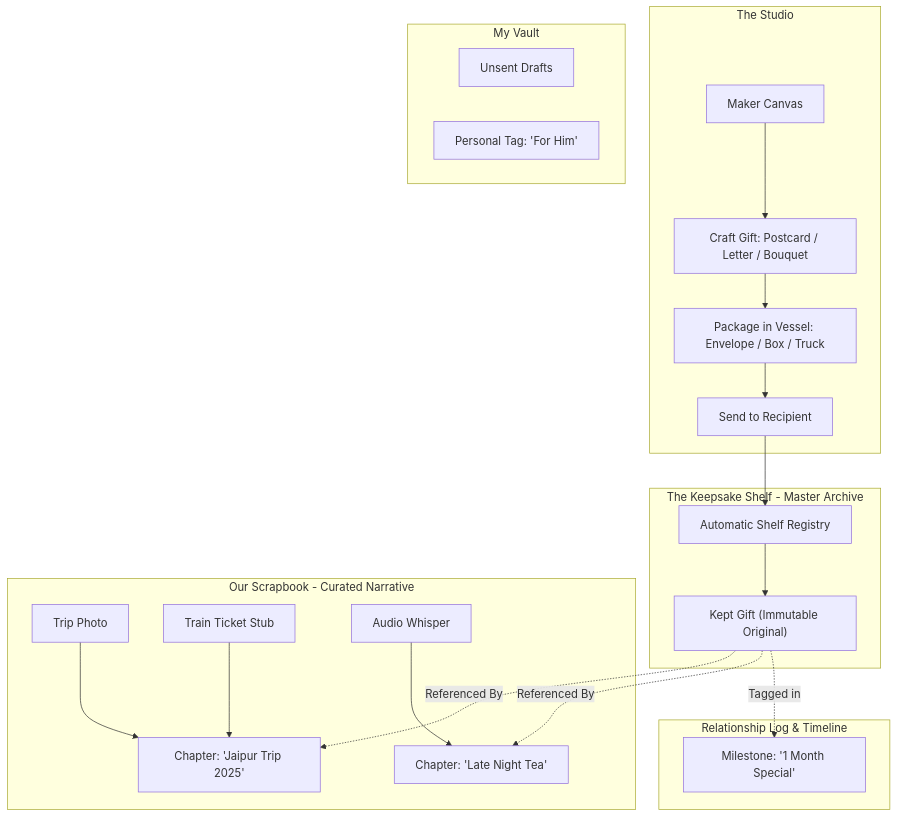
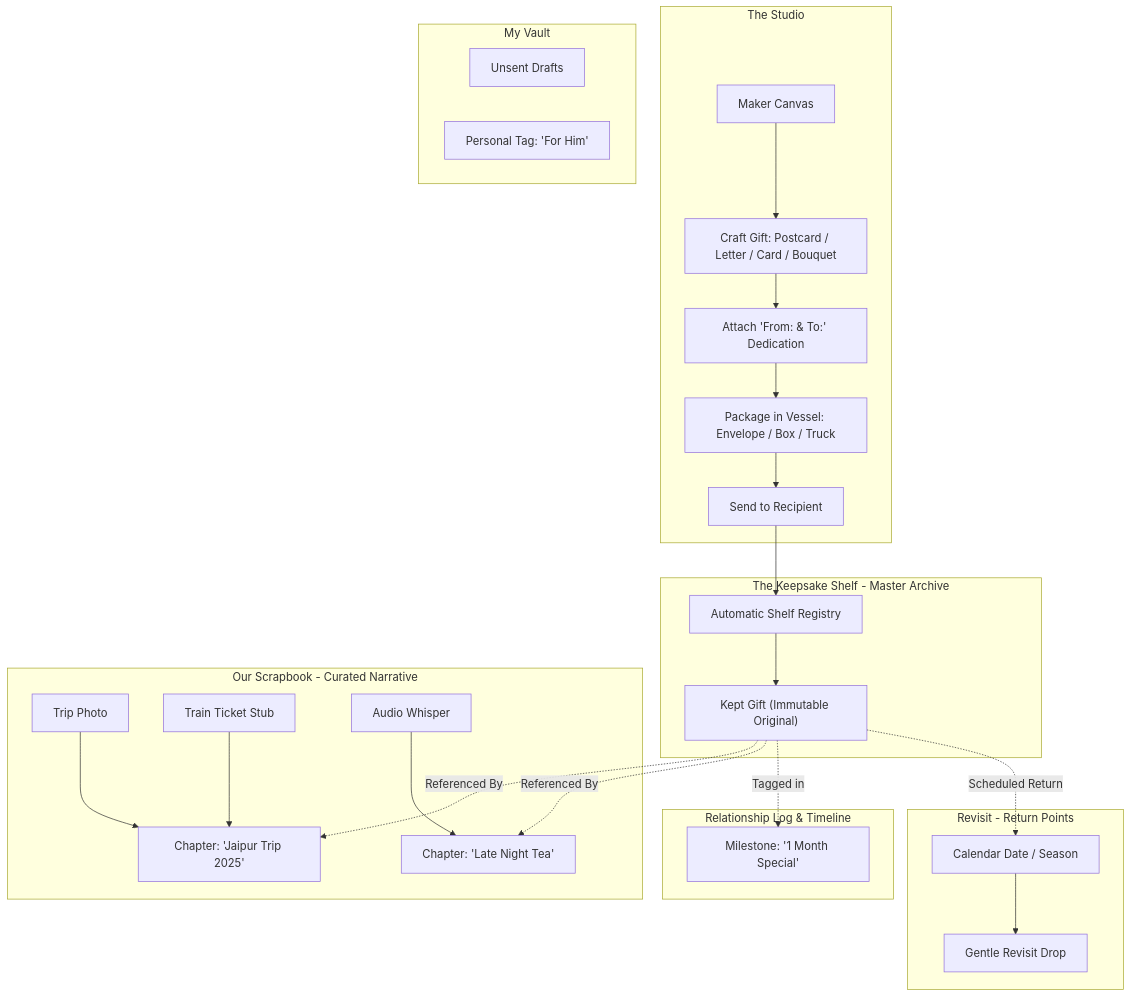
Before and after one commit to NIFT-Information-Architecture-2026/Saanvi_BD-24-N1830: the diagram in IA_SPEC.md, drawn with Mermaid. The commit also changed other lines of this file, not shown here.

Commit message:
docs(ia): update IA_SPEC with greeting card specs, From/To micro-gestures, and Revisit room

````diff
--- a/IA_SPEC.md
+++ b/IA_SPEC.md
@@ -59,35 +70,41 @@
 ```mermaid
 graph TD
     subgraph Studio [The Studio]
-        Maker[Maker Canvas] --> CreateGift[Craft Gift: Postcard / Letter / Bouquet]
-        CreateGift --> ChooseVessel[Package in Vessel: Envelope / Box / Truck]
+        Maker[Maker Canvas] --> CreateGift[Craft Gift: Postcard / Letter / Card / Bouquet]
+        CreateGift --> AddDedication["Attach 'From: & To:' Dedication"]
+        AddDedication --> ChooseVessel[Package in Vessel: Envelope / Box / Truck]
         ChooseVessel --> Dispatch[Send to Recipient]
     end
 
     subgraph Shelf [The Keepsake Shelf - Master Archive]
         Dispatch --> AutoArchive[Automatic Shelf Registry]
         AutoArchive --> GiftItem["Kept Gift (Immutable Original)"]
     end
 
     subgraph Scrapbook [Our Scrapbook - Curated Narrative]
         ChapterA["Chapter: 'Jaipur Trip 2025'"]
         ChapterB["Chapter: 'Late Night Tea'"]
         
         GiftItem -.->|Referenced By| ChapterA
         GiftItem -.->|Referenced By| ChapterB
         
         Photo1[Trip Photo] --> ChapterA
         Ticket[Train Ticket Stub] --> ChapterA
         VoiceNote[Audio Whisper] --> ChapterB
     end
 
     subgraph Ledger [Relationship Log & Timeline]
         LogEntry["Milestone: '1 Month Special'"]
         GiftItem -.->|Tagged in| LogEntry
     end
 
+    subgraph RevisitRoom [Revisit - Return Points]
+        GiftItem -.->|Scheduled Return| ResurfaceTrigger[Calendar Date / Season]
+        ResurfaceTrigger --> RevisitAlert[Gentle Revisit Drop]
+    end
+
     subgraph PrivateVault [My Vault]
         PrivateDrafts[Unsent Drafts]
         PrivateNotes["Personal Tag: 'For Him'"]
     end
 ```
````
